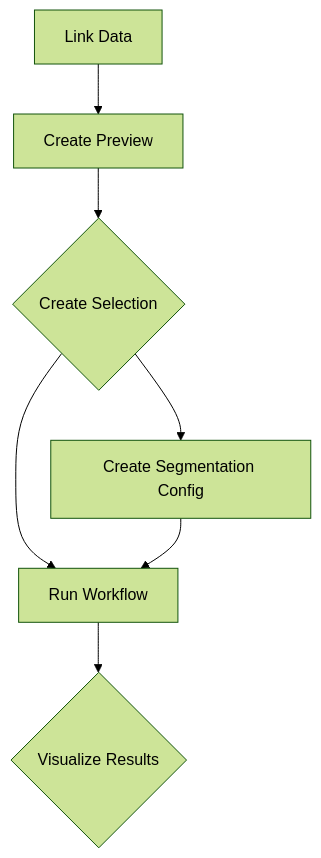
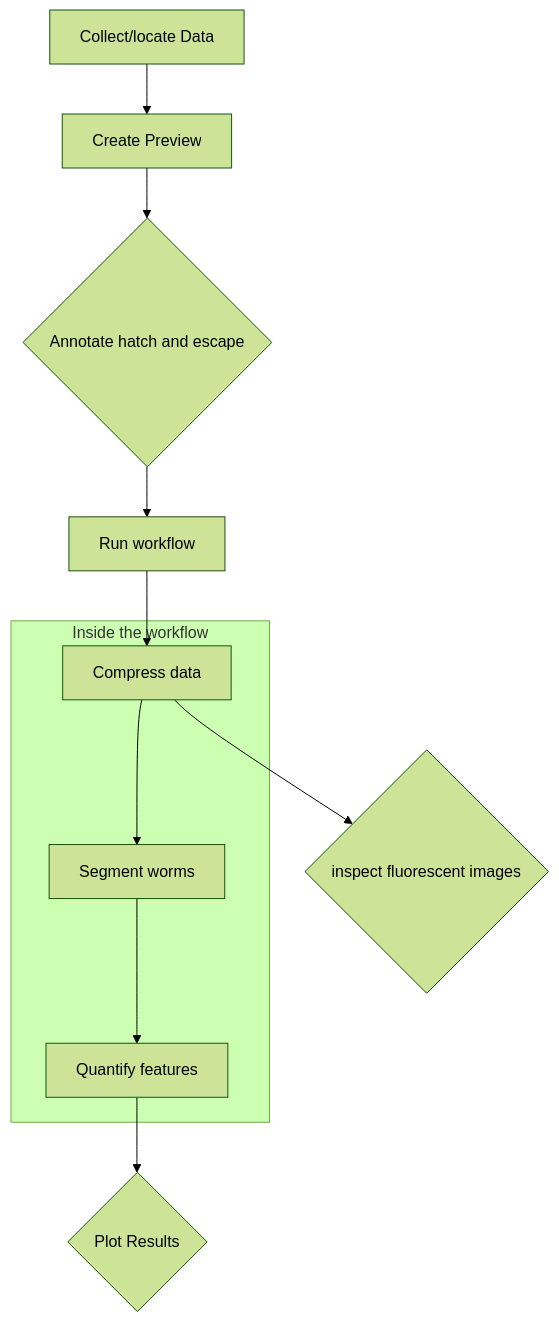
One commit to fmi-basel/ggrossha_SWI changed the diagram in docs/how_to/run_workflow.md. Above: the diagram before and after it, drawn with Mermaid (forest theme). The commit also changed other lines of this file and 4 other files, not shown here.

````diff
--- a/docs/how_to/run_workflow.md
+++ b/docs/how_to/run_workflow.md
@@ -3,9 +61,23 @@
-```mermaid
-flowchart TD
-    A[Link Data] --> B[Create Preview]
-    B --> C{Create Selection}
-    C --> D[Run Workflow]
-    C --> E[Create Segmentation Config]
-    E --> D[Run Workflow]
-    D --> F{Visualize Results}
-```
+    ```mermaid
+    flowchart TD
+      %% Main steps
+      A[Collect/locate Data] --> B[Create Preview]
+      B --> C{Annotate hatch and escape}
+      C --> D[Run workflow]
+    
+
+      %% Sub-graph for “Run workflow”
+      subgraph "Inside the workflow"
+        D1[Compress data]
+        D2[Segment worms]
+        D3[Quantify features]
+      end
+
+      %% Connect sub-steps into the main flow
+      D --> D1
+      D1 --> D2
+      D2 --> D3
+      D3 -->E{Plot Results}
+      D1 -->F{inspect fluorescent images}
+
+    ```
````
